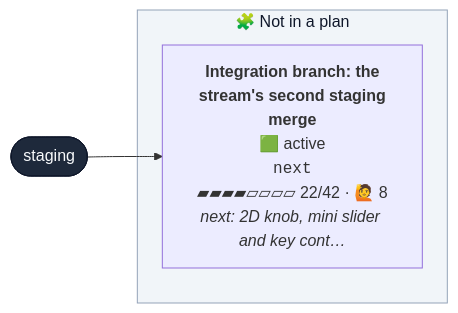
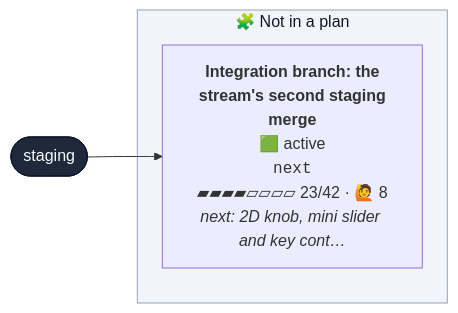
The first of 2 diagrams in CONTRIBUTING.md (henryjonescodes/portfolio), drawn with Mermaid before and after one commit. The commit also changed other lines of this file, not shown here.

````diff
--- a/CONTRIBUTING.md
+++ b/CONTRIBUTING.md
@@ -16,18 +16,18 @@
 ```mermaid
 flowchart LR
   n_staging([staging])
   class n_staging trunk
   subgraph loose["🧩 Not in a plan"]
-    n_next["<b>Integration branch: the<br/>stream's second staging<br/>merge</b><br/>🟩 active<br/><code>next</code><br/>▰▰▰▰▱▱▱▱ 22/42 · 🙋 8<br/><i>next: 2D knob, mini slider and key cont…</i>"]
+    n_next["<b>Integration branch: the<br/>stream's second staging<br/>merge</b><br/>🟩 active<br/><code>next</code><br/>▰▰▰▰▱▱▱▱ 23/42 · 🙋 8<br/><i>next: 2D knob, mini slider and key cont…</i>"]
     class n_next active,current
   end
   style loose fill:#f1f5f9,stroke:#94a3b8,color:#0f172a
   n_staging --> n_next
   classDef planned fill:#c7d2fe,stroke:#4f46e5,color:#1e1b4b
   classDef sketched fill:#f8fafc,stroke:#64748b,stroke-dasharray:4 3,color:#334155
   classDef active fill:#bbf7d0,stroke:#16a34a,stroke-width:3px,color:#052e16
   classDef review fill:#fde68a,stroke:#d97706,stroke-width:3px,color:#451a03
   classDef blocked fill:#fecaca,stroke:#dc2626,stroke-width:3px,color:#450a0a
   classDef trunk fill:#1e293b,stroke:#0f172a,color:#f8fafc
   classDef current stroke:#0ea5e9,stroke-width:5px
 ```
````
